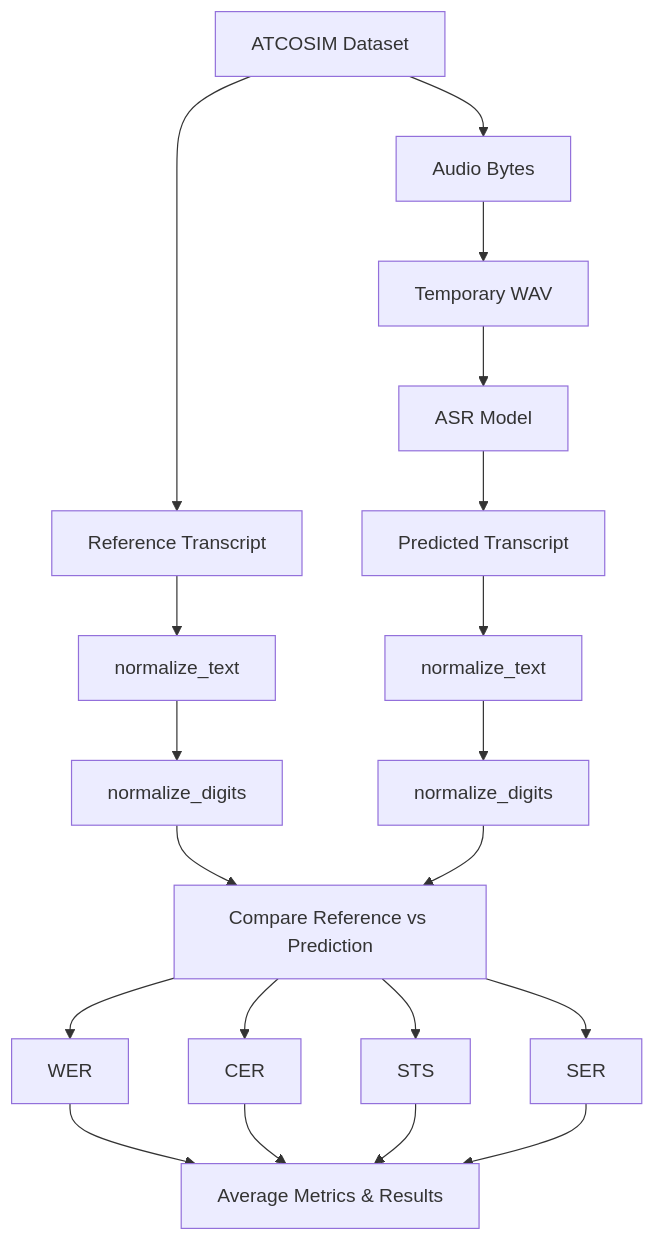
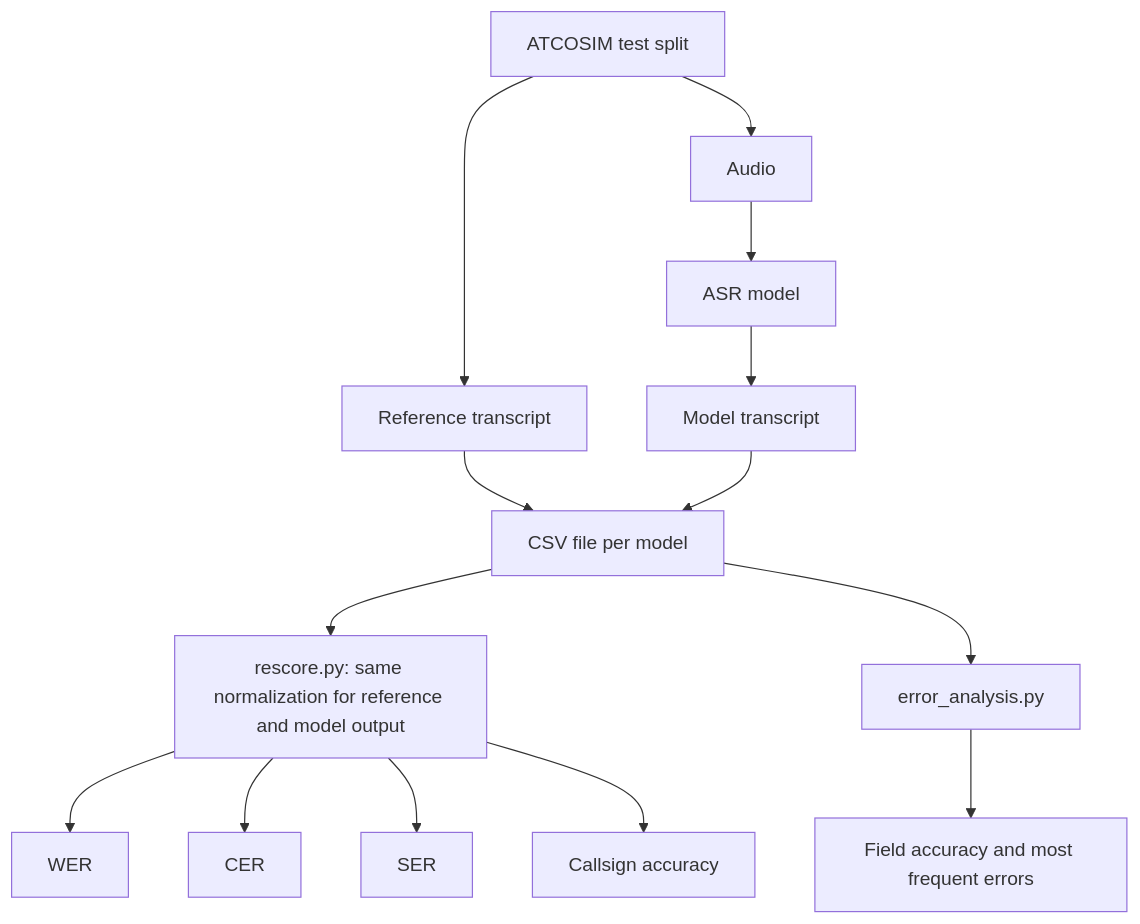
Before and after one commit to Photnix/STT-model-evaluation-in-ATC: the diagram in README.md, drawn with Mermaid. The commit also changed other lines of this file, not shown here.

Commit message:
Enhance README formatting and organization
Updated README to improve formatting and add headings for better organization. Adjusted sections for clarity and corrected minor typographical errors.

````diff
--- a/README.md
+++ b/README.md
@@ -119,33 +118,16 @@
 ```mermaid
 flowchart TD
-    A[ATCOSIM Dataset]
-
-    %% Reference branch
-    A --> B[Reference Transcript]
-    B --> C[normalize_text]
-    C --> D[normalize_digits]
-
-    %% Audio branch
-    A --> E[Audio Bytes]
-    E --> F[Temporary WAV]
-    F --> G[ASR Model]
-    G --> H[Predicted Transcript]
-    H --> I[normalize_text]
-    I --> J[normalize_digits]
-
-    %% Merge
-    D --> K[Compare Reference vs Prediction]
-    J --> K
-
-    %% Metrics
-    K --> L[WER]
-    K --> M[CER]
-    K --> N[STS]
-    K --> O[SER]
-
-    %% Results
-    L --> P[Average Metrics & Results]
-    M --> P
-    N --> P
-    O --> P
+    A["ATCOSIM test split"] --> B["Reference transcript"]
+    A --> C["Audio"]
+    C --> D["ASR model"]
+    D --> E["Model transcript"]
+    B --> F["CSV file per model"]
+    E --> F
+    F --> G["rescore.py: same normalization for reference and model output"]
+    G --> H["WER"]
+    G --> I["CER"]
+    G --> J["SER"]
+    G --> K["Callsign accuracy"]
+    F --> L["error_analysis.py"]
+    L --> M["Field accuracy and most frequent errors"]
 ```
````
